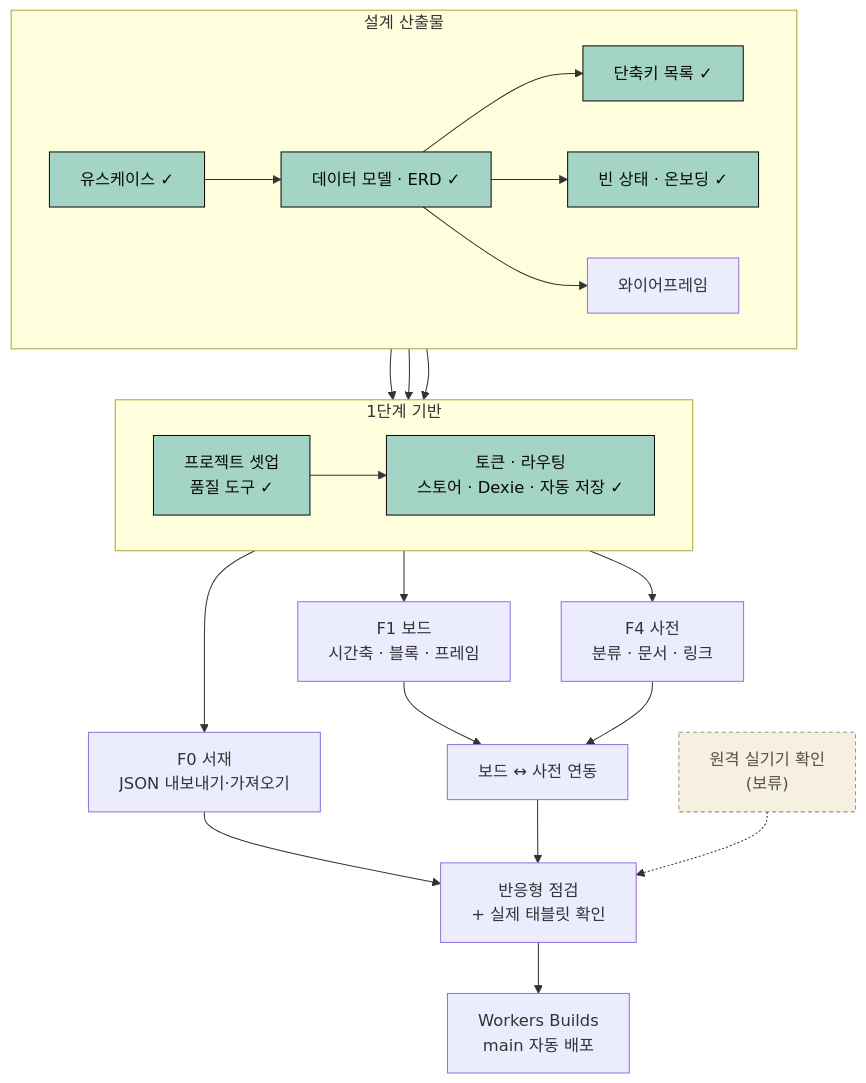
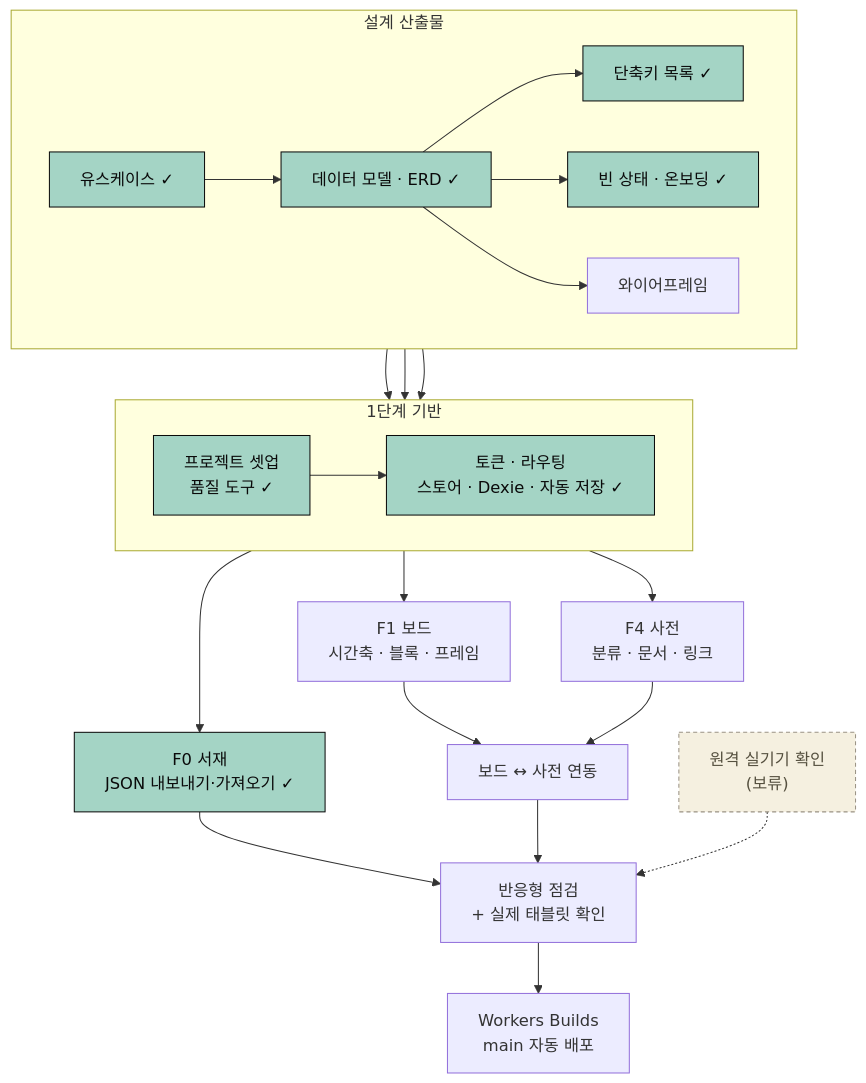
The diagram in docs/TODO.md (kty2001/NovelStory), drawn with Mermaid before and after one commit. The commit also changed other lines of this file and 37 other files, not shown here.

````diff
--- a/docs/TODO.md
+++ b/docs/TODO.md
@@ -5,32 +5,32 @@
 ```mermaid
 %%{init: {"flowchart": {"wrappingWidth": 320}}}%%
 flowchart TB
     subgraph DESIGN["설계 산출물"]
         direction LR
         UC["유스케이스 ✓"]:::done --> DM["데이터 모델 · ERD ✓"]:::done
         DM --> SC["단축키 목록 ✓"]:::done
         DM --> ON["빈 상태 · 온보딩 ✓"]:::done
         DM --> WF["와이어프레임"]
     end
 
     subgraph BASE["1단계 기반"]
         direction LR
         SETUP["프로젝트 셋업<br/>품질 도구 ✓"]:::done --> CORE["토큰 · 라우팅<br/>스토어 · Dexie · 자동 저장 ✓"]:::done
     end
 
     SC --> SETUP
     ON --> SETUP
     WF --> SETUP
-    CORE --> F0["F0 서재<br/>JSON 내보내기·가져오기"]
+    CORE --> F0["F0 서재<br/>JSON 내보내기·가져오기 ✓"]:::done
     CORE --> F1["F1 보드<br/>시간축 · 블록 · 프레임"]
     CORE --> F4["F4 사전<br/>분류 · 문서 · 링크"]
     F1 --> LINK["보드 ↔ 사전 연동"]
     F4 --> LINK
     F0 --> QA["반응형 점검<br/>+ 실제 태블릿 확인"]
     LINK --> QA
     REMOTE["원격 실기기 확인<br/>(보류)"]:::hold -.-> QA
     QA --> DEPLOY["Workers Builds<br/>main 자동 배포"]
 
     classDef done fill:#a4d4c5,stroke:#0a0a0a,color:#0a0a0a
     classDef hold fill:#f5f0e0,stroke:#9a9384,color:#55503f,stroke-dasharray:4 3
 ```
````
